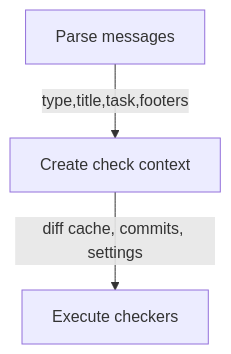
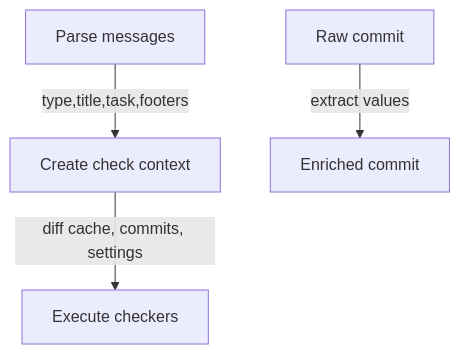
Before and after one commit to rusinikita/changes: the first of 3 diagrams in docs/content/docs/ADR/23.12-check-code.md, drawn with Mermaid. The commit also changed other lines of this file and 2 other files, not shown here.

````diff
--- a/docs/content/docs/ADR/23.12-check-code.md
+++ b/docs/content/docs/ADR/23.12-check-code.md
@@ -33,9 +34,14 @@
 ```mermaid
 flowchart
-    parsing[Parse messages]
-    context[Create check context]
-    execute[Execute checkers]
-    
-    parsing -->|type,title,task,footers| context
-    context -->|diff cache, commits, settings| execute
+   parsing[Parse messages]
+   context[Create check context]
+   execute[Execute checkers]
+
+   parsing -->|type,title,task,footers| context
+   context -->|diff cache, commits, settings| execute
+
+   raw[Raw commit]
+   commit[Enriched commit]
+
+   raw -->|extract values| commit
 ```
````
